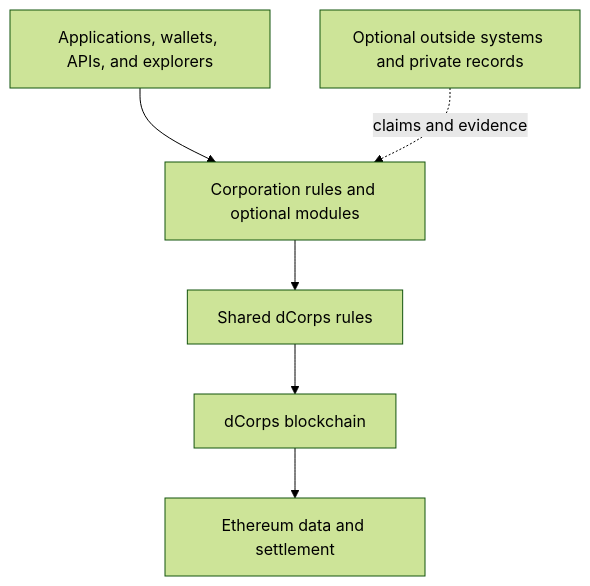
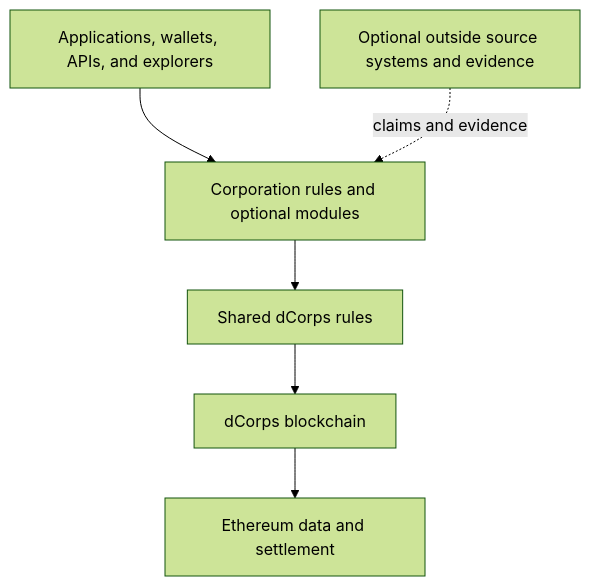
Before and after one commit to dcorps-hub/dcorps-docs-public: the first of 5 diagrams in docs/whitepaper/DCORPS_BLOCKCHAIN_WHITEPAPER_V1_0.md, drawn with Mermaid (forest theme). The commit also changed other lines of this file and 10 other files, not shown here.

````diff
--- a/docs/whitepaper/DCORPS_BLOCKCHAIN_WHITEPAPER_V1_0.md
+++ b/docs/whitepaper/DCORPS_BLOCKCHAIN_WHITEPAPER_V1_0.md
@@ -283,8 +283,8 @@
 ```mermaid
 flowchart TB
     A["Applications, wallets, APIs, and explorers"] --> B["Corporation rules and optional modules"]
     B --> C["Shared dCorps rules"]
     C --> D["dCorps blockchain"]
     D --> E["Ethereum data and settlement"]
-    F["Optional outside systems and private records"] -. "claims and evidence" .-> B
+    F["Optional outside source systems and evidence"] -. "claims and evidence" .-> B
 ```
````
